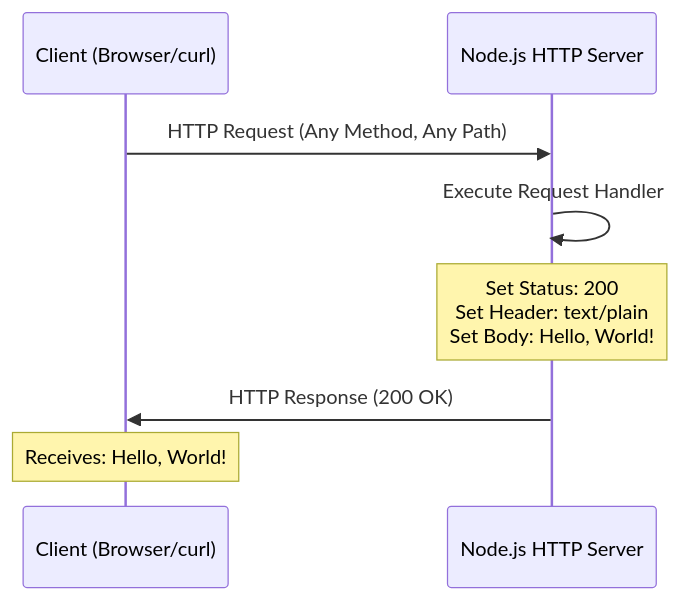
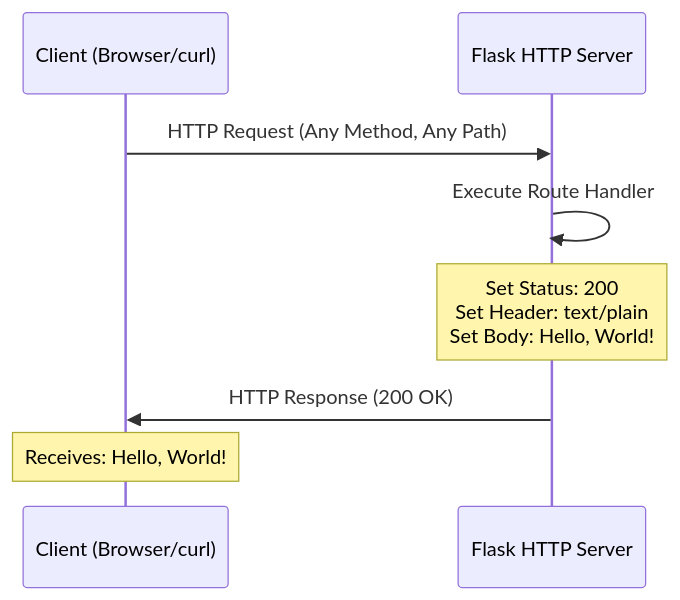
The diagram in README.md (lakshya-blitzy/hello_world_Oct_2025), drawn with Mermaid before and after one commit. The commit also changed other lines of this file, not shown here.

First line of the commit message:
Migrate README.md from Node.js to Python/Flask documentation

````diff
--- a/README.md
+++ b/README.md
@@ -207,11 +217,11 @@
 ```mermaid
 sequenceDiagram
     participant Client as Client (Browser/curl)
-    participant Server as Node.js HTTP Server
+    participant Server as Flask HTTP Server
     
     Client->>Server: HTTP Request (Any Method, Any Path)
-    Server->>Server: Execute Request Handler
+    Server->>Server: Execute Route Handler
     Note over Server: Set Status: 200<br/>Set Header: text/plain<br/>Set Body: Hello, World!
     Server->>Client: HTTP Response (200 OK)
     Note over Client: Receives: Hello, World!
 ```
````
